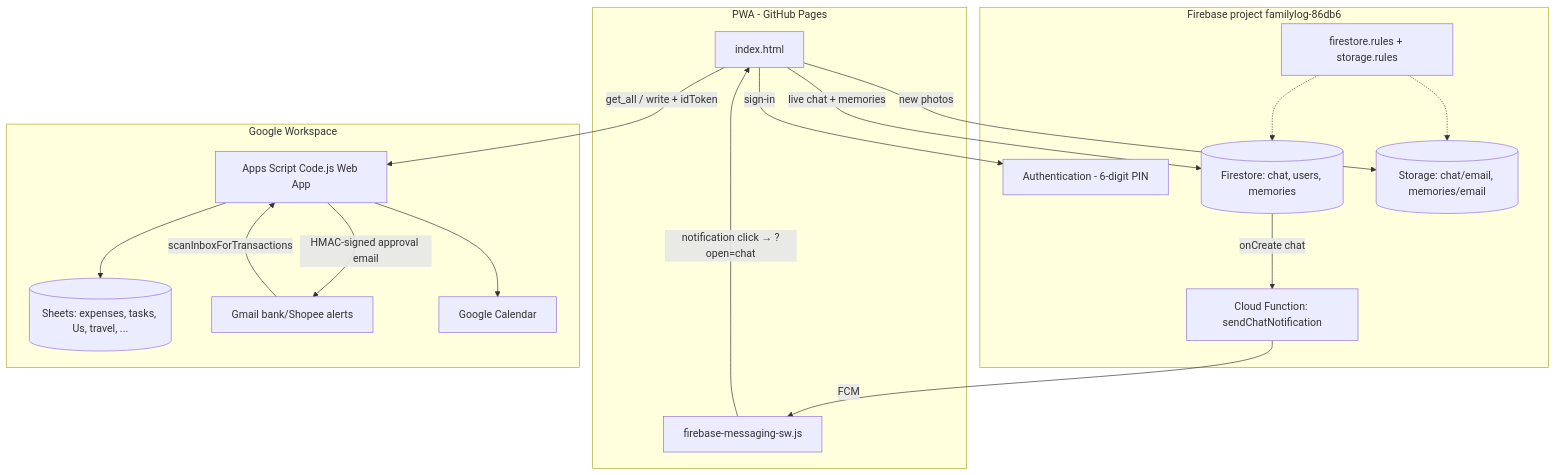
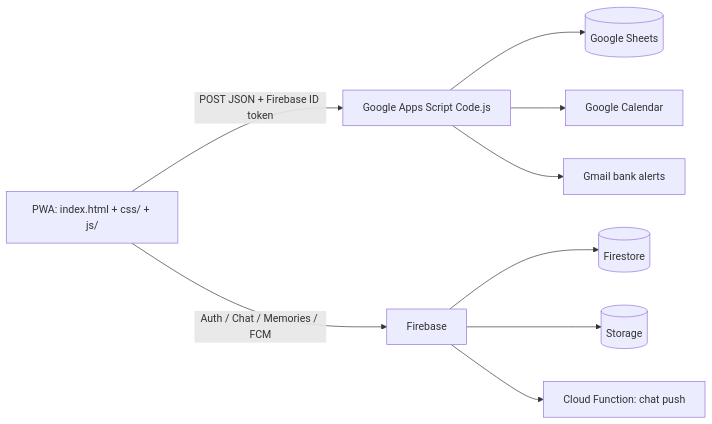
One commit to marcuswongjw/familylog changed the diagram in README.md. Above: the diagram before and after it, drawn with Mermaid. The commit also changed other lines of this file and 5 other files, not shown here.

````diff
--- a/README.md
+++ b/README.md
@@ -37,36 +12,11 @@
 ```mermaid
-flowchart TB
-  subgraph client [PWA - GitHub Pages]
-    HTML[index.html]
-    SW[firebase-messaging-sw.js]
-  end
-
-  subgraph firebase [Firebase project familylog-86db6]
-    Auth[Authentication - 6-digit PIN]
-    FS[(Firestore: chat, users, memories)]
-    ST[(Storage: chat/email, memories/email)]
-    CF[Cloud Function: sendChatNotification]
-    Rules[firestore.rules + storage.rules]
-  end
-
-  subgraph google [Google Workspace]
-    GAS[Apps Script Code.js Web App]
-    Sheets[(Sheets: expenses, tasks, Us, travel, ...)]
-    Gmail[Gmail bank/Shopee alerts]
-    Cal[Google Calendar]
-  end
-
-  HTML -->|sign-in| Auth
-  HTML -->|live chat + memories| FS
-  HTML -->|new photos| ST
-  HTML -->|get_all / write + idToken| GAS
-  GAS --> Sheets
-  GAS --> Cal
-  Gmail -->|scanInboxForTransactions| GAS
-  GAS -->|HMAC-signed approval email| Gmail
-  FS -->|onCreate chat| CF
-  CF -->|FCM| SW
-  SW -->|notification click → ?open=chat| HTML
-  Rules -.-> FS
-  Rules -.-> ST
+flowchart LR
+  PWA[PWA: index.html + css/ + js/] -->|POST JSON + Firebase ID token| GAS[Google Apps Script Code.js]
+  GAS --> Sheets[(Google Sheets)]
+  GAS --> GCal[Google Calendar]
+  GAS --> Gmail[Gmail bank alerts]
+  PWA -->|Auth / Chat / Memories / FCM| FB[Firebase]
+  FB --> FS[(Firestore)]
+  FB --> ST[(Storage)]
+  FB --> CF[Cloud Function: chat push]
 ```
````
